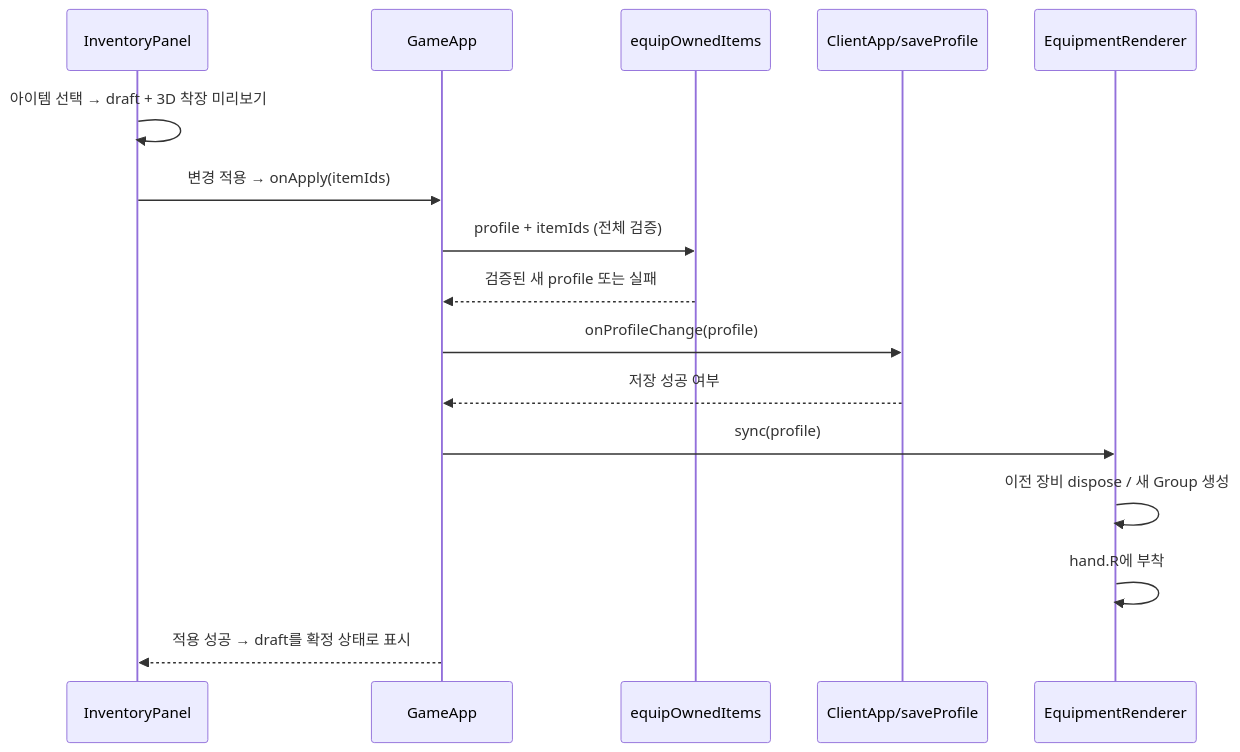
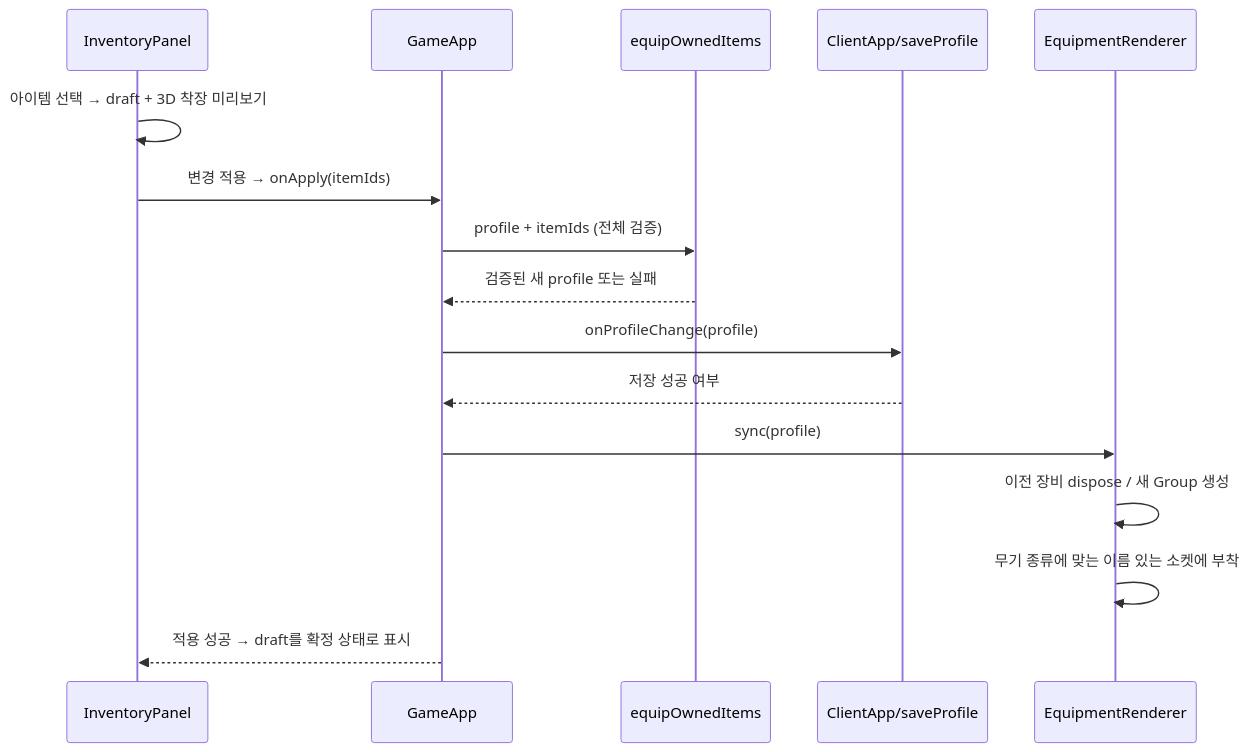
The diagram in docs/CLIENT_FLOW.md (jacking75/threejs-mmo_client), drawn with Mermaid before and after one commit. The commit also changed other lines of this file and 52 other files, not shown here.

````diff
--- a/docs/CLIENT_FLOW.md
+++ b/docs/CLIENT_FLOW.md
@@ -5,18 +5,18 @@
 ```mermaid
 sequenceDiagram
     participant UI as InventoryPanel
     participant Game as GameApp
     participant Domain as equipOwnedItems
     participant Save as ClientApp/saveProfile
     participant Render as EquipmentRenderer
     UI->>UI: 아이템 선택 → draft + 3D 착장 미리보기
     UI->>Game: 변경 적용 → onApply(itemIds)
     Game->>Domain: profile + itemIds (전체 검증)
     Domain-->>Game: 검증된 새 profile 또는 실패
     Game->>Save: onProfileChange(profile)
     Save-->>Game: 저장 성공 여부
     Game->>Render: sync(profile)
     Render->>Render: 이전 장비 dispose / 새 Group 생성
-    Render->>Render: hand.R에 부착
+    Render->>Render: 무기 종류에 맞는 이름 있는 소켓에 부착
     Game-->>UI: 적용 성공 → draft를 확정 상태로 표시
 ```
````
